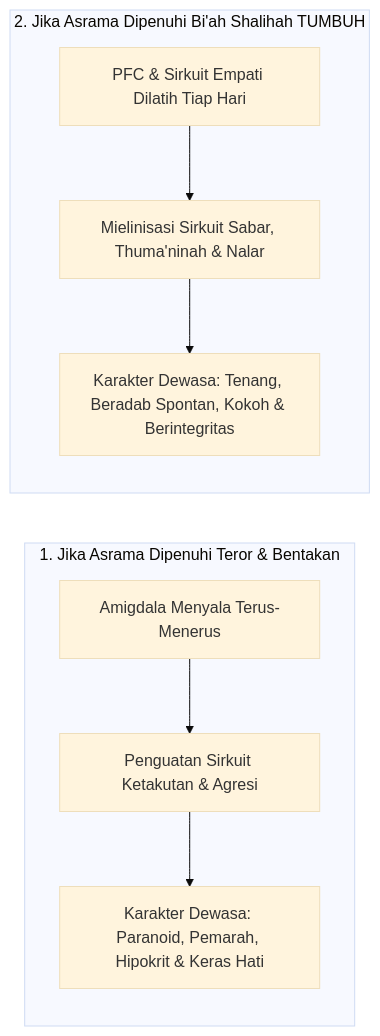
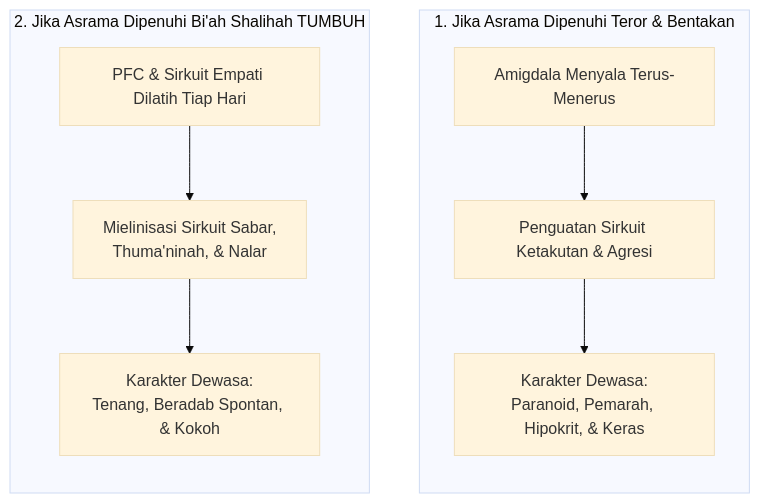
The second of 2 diagrams in BOOK Series 1/01-The-Fundamental-of-TUMBUH/Bab-05-Dinamika-Perkembangan-Jiwa-dan-Neurosains-Remaja.md (wandiapriliyandi/tumbuh), drawn with Mermaid (base theme) before and after one commit. The commit also changed other lines of this file and 37 other files, not shown here.

Commit message:
fix(book-01): optimasi pemenggalan teks dan overflow seluruh diagram serta render ulang 20 PDF

````diff
--- a/BOOK Series 1/01-The-Fundamental-of-TUMBUH/Bab-05-Dinamika-Perkembangan-Jiwa-dan-Neurosains-Remaja.md
+++ b/BOOK Series 1/01-The-Fundamental-of-TUMBUH/Bab-05-Dinamika-Perkembangan-Jiwa-dan-Neurosains-Remaja.md
@@ -65,14 +65,14 @@
 ```mermaid
-graph LR
+graph TD
     subgraph JALUR_TEROR["1. Jika Asrama Dipenuhi Teror & Bentakan"]
         direction TB
         J1["Amigdala Menyala Terus-Menerus"] --> J2["Penguatan Sirkuit Ketakutan & Agresi"]
-        J2 --> J3["Karakter Dewasa: Paranoid, Pemarah, Hipokrit & Keras Hati"]
+        J2 --> J3["Karakter Dewasa:<br/>Paranoid, Pemarah, Hipokrit, & Keras"]
     end
 
     subgraph JALUR_TUMBUH["2. Jika Asrama Dipenuhi Bi'ah Shalihah TUMBUH"]
         direction TB
-        T1["PFC & Sirkuit Empati Dilatih Tiap Hari"] --> T2["Mielinisasi Sirkuit Sabar, Thuma'ninah & Nalar"]
-        T2 --> T3["Karakter Dewasa: Tenang, Beradab Spontan, Kokoh & Berintegritas"]
+        T1["PFC & Sirkuit Empati Dilatih Tiap Hari"] --> T2["Mielinisasi Sirkuit Sabar,<br/>Thuma'ninah, & Nalar"]
+        T2 --> T3["Karakter Dewasa:<br/>Tenang, Beradab Spontan, & Kokoh"]
     end
 ```
````
